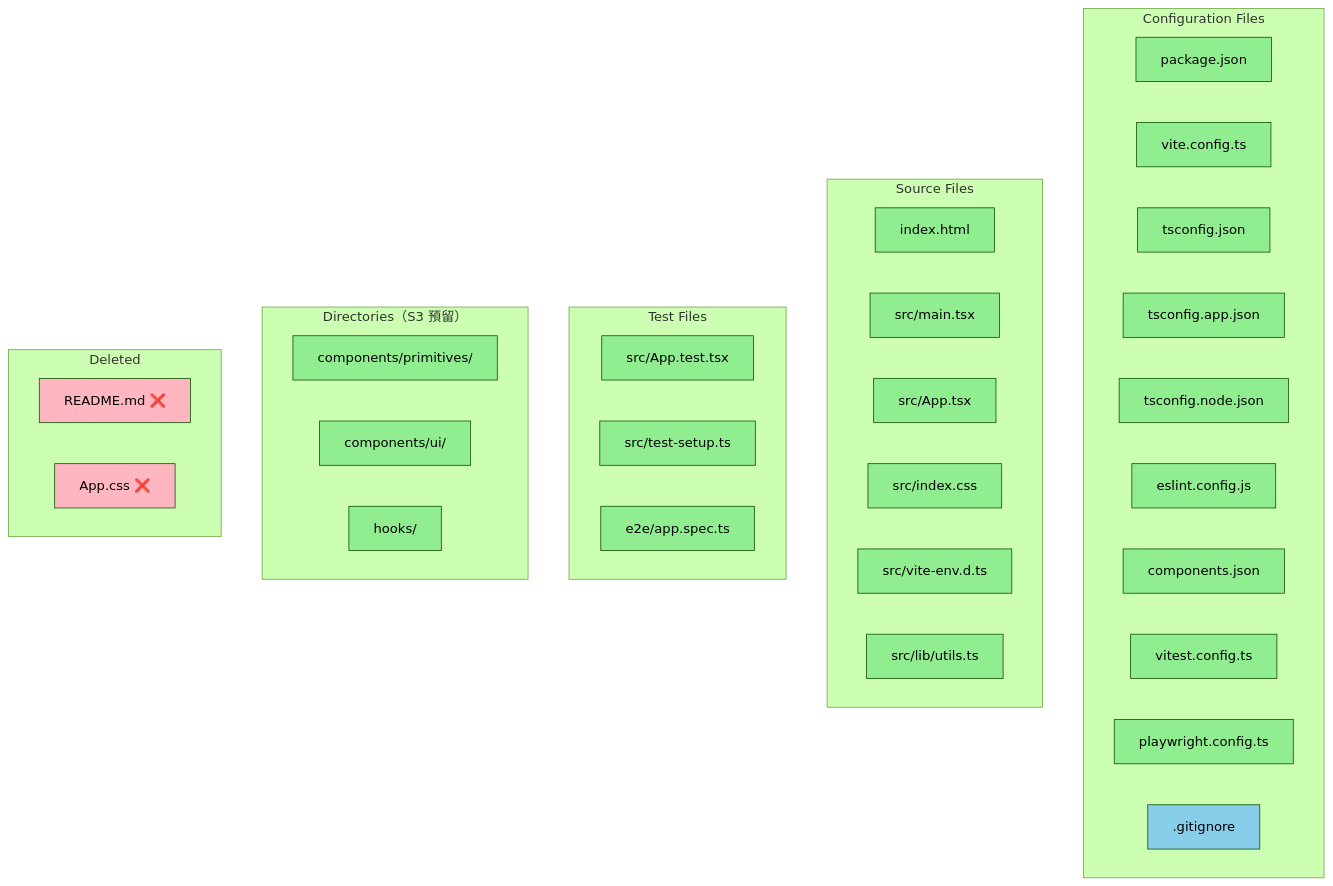
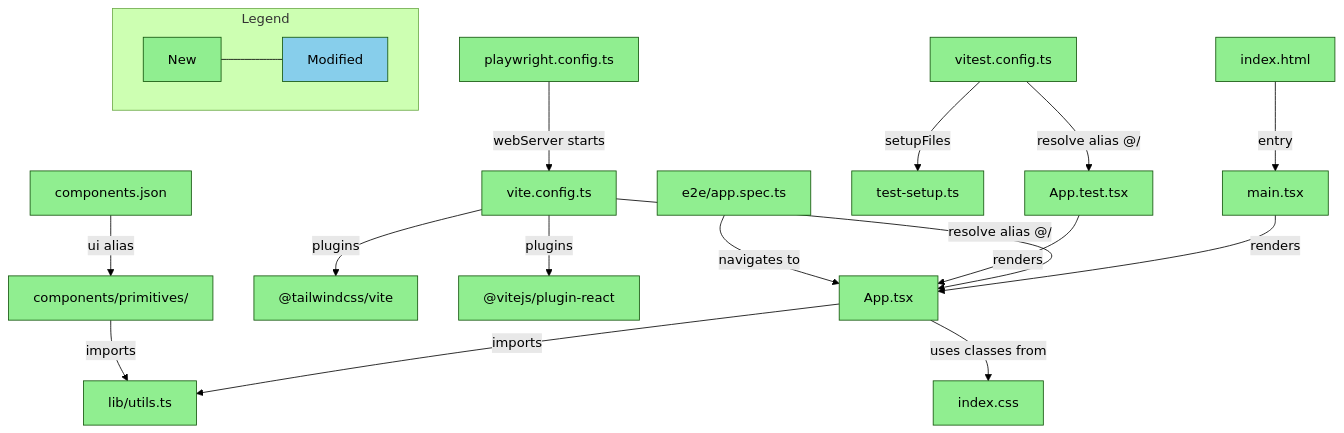
One commit to wei-yiting/fin-lab-x changed the diagram in .artifacts/current/briefing_S2_frontend_scaffold.md. Above: the diagram before and after it, drawn with Mermaid (forest theme). The commit also changed other lines of this file and 26 other files, not shown here.

````diff
--- a/.artifacts/current/briefing_S2_frontend_scaffold.md
+++ b/.artifacts/current/briefing_S2_frontend_scaffold.md
@@ -66,66 +96,43 @@
 ```mermaid
-    graph TD
-    subgraph Config["Configuration Files"]
-        pkg["package.json"]
-        viteConf["vite.config.ts"]
-        tsConf["tsconfig.json"]
-        tsApp["tsconfig.app.json"]
-        tsNode["tsconfig.node.json"]
-        eslintConf["eslint.config.js"]
-        compJson["components.json"]
-        vitestConf["vitest.config.ts"]
-        pwConf["playwright.config.ts"]
-        gitignore[".gitignore"]
-    end
+graph TD
+    indexHtml["index.html"] -->|entry| mainTsx["main.tsx"]
+    mainTsx -->|renders| App["App.tsx"]
+    App -->|imports| utils["lib/utils.ts"]
+    App -->|uses classes from| indexCss["index.css"]
 
-    subgraph Source["Source Files"]
-        indexHtml["index.html"]
-        mainTsx["src/main.tsx"]
-        appTsx["src/App.tsx"]
-        indexCss["src/index.css"]
-        viteEnv["src/vite-env.d.ts"]
-        utilsTs["src/lib/utils.ts"]
-    end
+    viteConf["vite.config.ts"] -->|plugins| tailwind["@tailwindcss/vite"]
+    viteConf -->|plugins| reactPlugin["@vitejs/plugin-react"]
+    viteConf -->|resolve alias @/| App
 
-    subgraph Tests["Test Files"]
-        appTest["src/App.test.tsx"]
-        testSetup["src/test-setup.ts"]
-        e2eSpec["e2e/app.spec.ts"]
-    end
+    compJson["components.json"] -->|ui alias| primitives["components/primitives/"]
+    primitives -->|imports| utils
 
-    subgraph Dirs["Directories（S3 預留）"]
-        prims["components/primitives/"]
-        uiDir["components/ui/"]
-        hooksDir["hooks/"]
-    end
+    vitestConf["vitest.config.ts"] -->|setupFiles| testSetup["test-setup.ts"]
+    vitestConf -->|resolve alias @/| appTest["App.test.tsx"]
+    appTest -->|renders| App
 
-    subgraph Deleted["Deleted"]
-        oldReadme["README.md ❌"]
-        oldAppCss["App.css ❌"]
-    end
+    pwConf["playwright.config.ts"] -->|webServer starts| viteConf
+    e2eSpec["e2e/app.spec.ts"] -->|navigates to| App
 
-    style pkg fill:#90EE90
-    style viteConf fill:#90EE90
-    style tsConf fill:#90EE90
-    style tsApp fill:#90EE90
-    style tsNode fill:#90EE90
-    style eslintConf fill:#90EE90
-    style compJson fill:#90EE90
-    style vitestConf fill:#90EE90
-    style pwConf fill:#90EE90
     style indexHtml fill:#90EE90
     style mainTsx fill:#90EE90
-    style appTsx fill:#90EE90
+    style App fill:#90EE90
+    style utils fill:#90EE90
     style indexCss fill:#90EE90
-    style viteEnv fill:#90EE90
-    style utilsTs fill:#90EE90
+    style viteConf fill:#90EE90
+    style compJson fill:#90EE90
+    style primitives fill:#90EE90
+    style vitestConf fill:#90EE90
+    style testSetup fill:#90EE90
     style appTest fill:#90EE90
-    style testSetup fill:#90EE90
+    style pwConf fill:#90EE90
     style e2eSpec fill:#90EE90
-    style prims fill:#90EE90
-    style uiDir fill:#90EE90
-    style hooksDir fill:#90EE90
-    style gitignore fill:#87CEEB
-    style oldReadme fill:#FFB6C1
-    style oldAppCss fill:#FFB6C1
+    style tailwind fill:#90EE90
+    style reactPlugin fill:#90EE90
+
+    subgraph Legend
+        N[New] --- M[Modified]
+        style N fill:#90EE90
+        style M fill:#87CEEB
+    end
 ```
````
